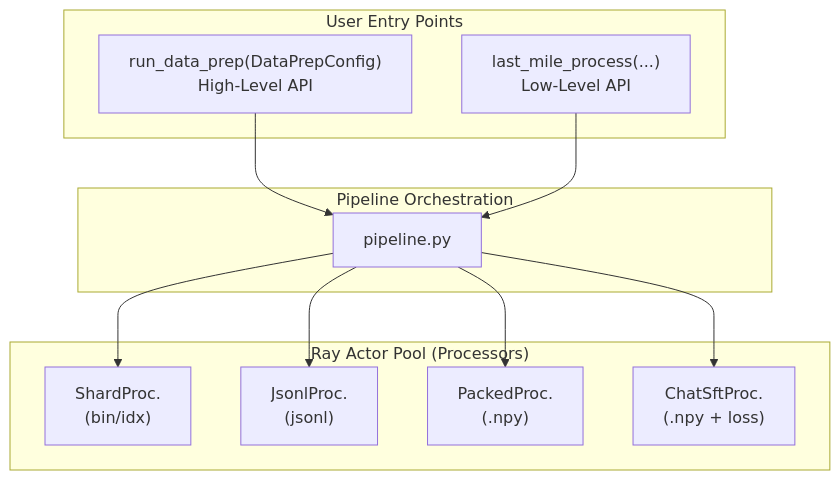
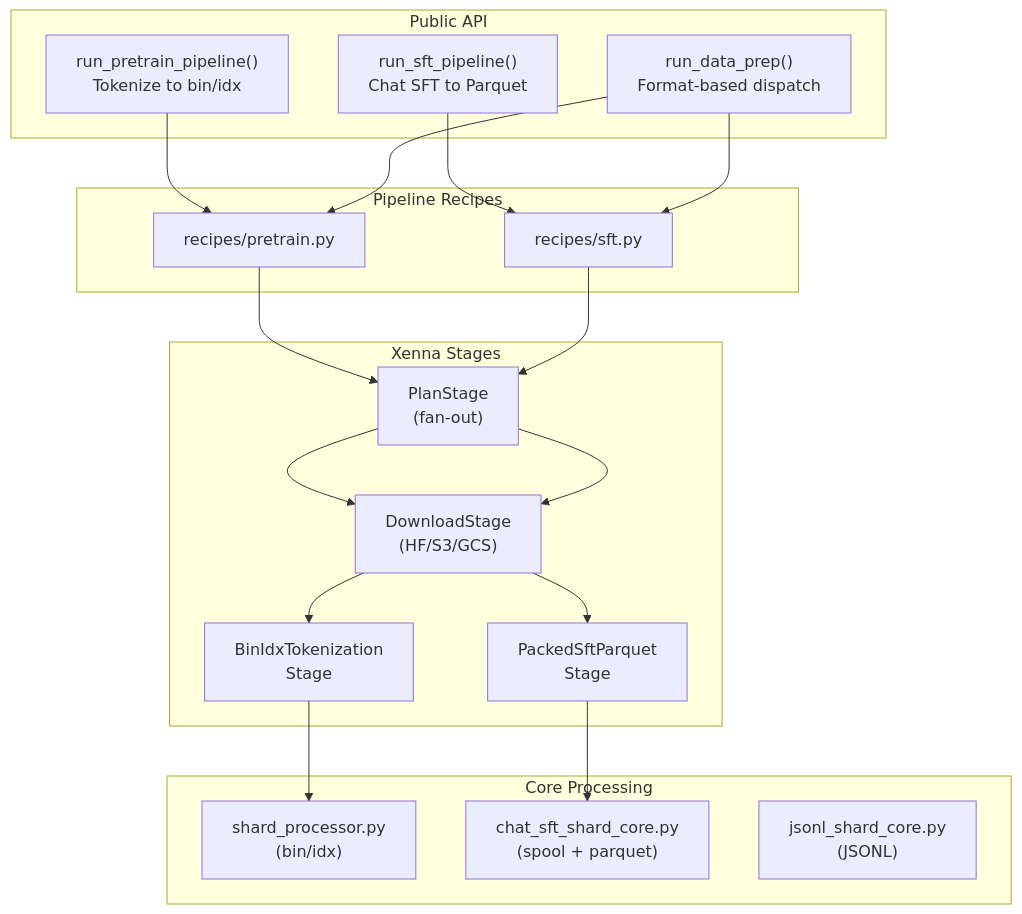
One commit to NVIDIA-NeMo/Nemotron changed the diagram in src/nemotron/data_prep/README.md. Above: the diagram before and after it, drawn with Mermaid. The commit also changed other lines of this file and 88 other files, not shown here.

Commit message:
Moving data_prep to cosmos-xenna

````diff
--- a/src/nemotron/data_prep/README.md
+++ b/src/nemotron/data_prep/README.md
@@ -17,25 +16,37 @@
 ```mermaid
 flowchart TB
-    subgraph api["User Entry Points"]
-        high["run_data_prep(DataPrepConfig)<br/>High-Level API"]
-        low["last_mile_process(...)<br/>Low-Level API"]
+    subgraph api["Public API"]
+        pretrain["run_pretrain_pipeline()<br/>Tokenize to bin/idx"]
+        sft["run_sft_pipeline()<br/>Chat SFT to Parquet"]
+        compat["run_data_prep()<br/>Format-based dispatch"]
     end
 
-    subgraph orchestration["Pipeline Orchestration"]
-        pipeline["pipeline.py"]
+    subgraph recipes["Pipeline Recipes"]
+        pretrain_recipe["recipes/pretrain.py"]
+        sft_recipe["recipes/sft.py"]
     end
 
-    subgraph processors["Ray Actor Pool (Processors)"]
-        shard["ShardProc.<br/>(bin/idx)"]
-        jsonl["JsonlProc.<br/>(jsonl)"]
-        packed["PackedProc.<br/>(.npy)"]
-        chat["ChatSftProc.<br/>(.npy + loss)"]
+    subgraph stages["Xenna Stages"]
+        plan["PlanStage<br/>(fan-out)"]
+        download["DownloadStage<br/>(HF/S3/GCS)"]
+        binidx["BinIdxTokenization<br/>Stage"]
+        packed_sft["PackedSftParquet<br/>Stage"]
     end
 
-    high --> pipeline
-    low --> pipeline
-    pipeline --> shard
-    pipeline --> jsonl
-    pipeline --> packed
-    pipeline --> chat
+    subgraph core["Core Processing"]
+        shard_proc["shard_processor.py<br/>(bin/idx)"]
+        chat_core["chat_sft_shard_core.py<br/>(spool + parquet)"]
+        jsonl_core["jsonl_shard_core.py<br/>(JSONL)"]
+    end
+
+    pretrain --> pretrain_recipe
+    sft --> sft_recipe
+    compat --> pretrain_recipe
+    compat --> sft_recipe
+
+    pretrain_recipe --> plan --> download --> binidx
+    sft_recipe --> plan --> download --> packed_sft
+
+    binidx --> shard_proc
+    packed_sft --> chat_core
 ```
````
